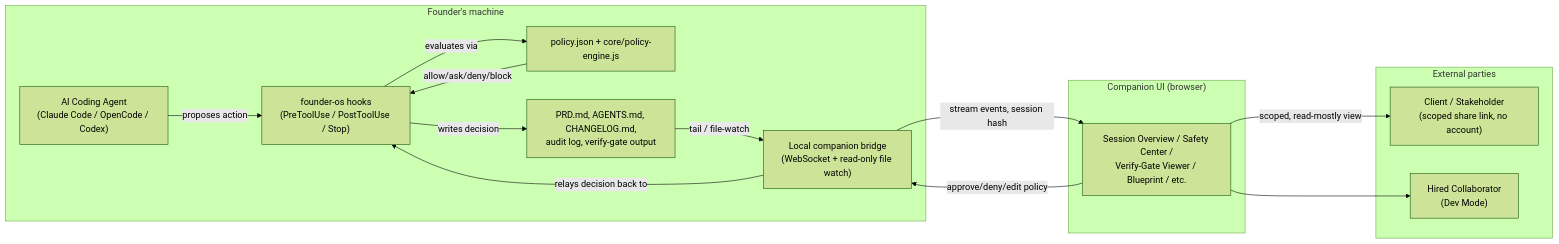
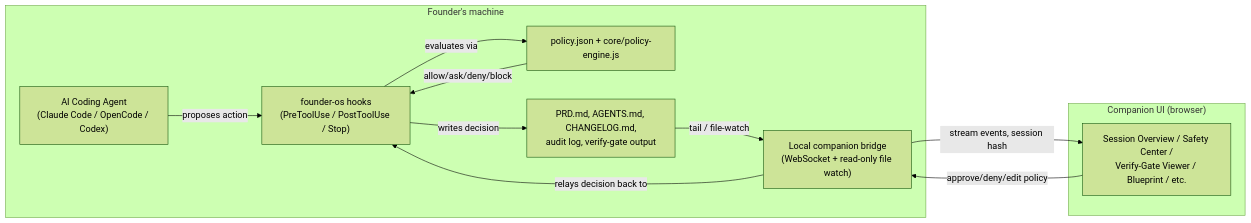
Before and after one commit to rahlplx/solo-founder-wingman: the first of 5 diagrams in audit/companion-ux/ARCHITECTURE.md, drawn with Mermaid (forest theme). The commit also changed other lines of this file and 25 other files, not shown here.

````diff
--- a/audit/companion-ux/ARCHITECTURE.md
+++ b/audit/companion-ux/ARCHITECTURE.md
@@ -10,30 +10,23 @@
 ```mermaid
 flowchart LR
     subgraph CLI["Founder's machine"]
         Agent["AI Coding Agent\n(Claude Code / OpenCode / Codex)"]
         Hooks["founder-os hooks\n(PreToolUse / PostToolUse / Stop)"]
         Policy["policy.json + core/policy-engine.js"]
         Artifacts["PRD.md, AGENTS.md, CHANGELOG.md,\naudit log, verify-gate output"]
         Bridge["Local companion bridge\n(WebSocket + read-only file watch)"]
     end
 
     subgraph Web["Companion UI (browser)"]
         UI["Session Overview / Safety Center /\nVerify-Gate Viewer / Blueprint / etc."]
     end
 
-    subgraph External["External parties"]
-        Client["Client / Stakeholder\n(scoped share link, no account)"]
-        Collab["Hired Collaborator\n(Dev Mode)"]
-    end
-
     Agent -->|proposes action| Hooks
     Hooks -->|evaluates via| Policy
     Policy -->|allow/ask/deny/block| Hooks
     Hooks -->|writes decision| Artifacts
     Artifacts -->|tail / file-watch| Bridge
     Bridge -->|stream events, session hash| UI
     UI -->|approve/deny/edit policy| Bridge
     Bridge -->|relays decision back to| Hooks
-    UI --> Collab
-    UI -->|scoped, read-mostly view| Client
 ```
````
